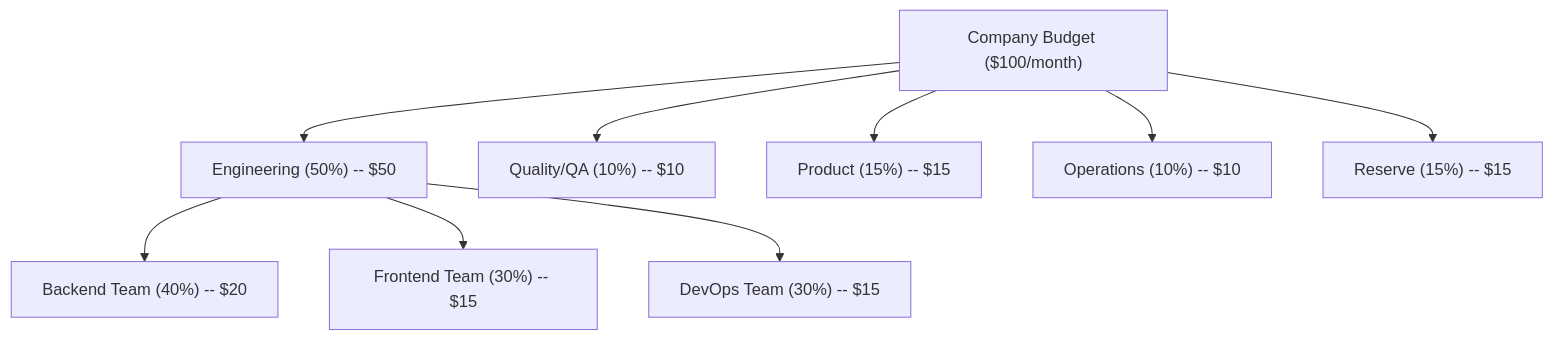
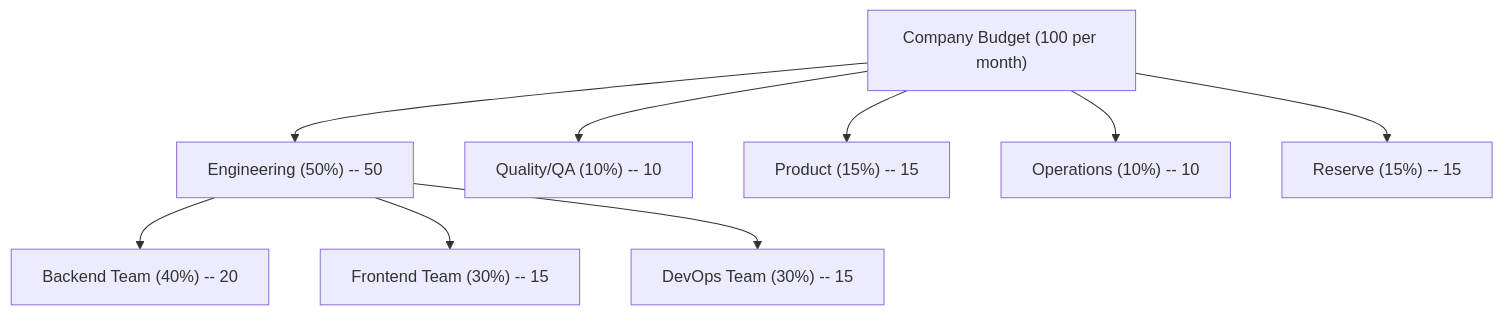
One commit to Aureliolo/ai-company changed the diagram in docs/design/budget.md. Above: the diagram before and after it, drawn with Mermaid. The commit also changed other lines of this file and 15 other files, not shown here.

````diff
--- a/docs/design/budget.md
+++ b/docs/design/budget.md
@@ -17,13 +17,13 @@
 ```mermaid
 graph TD
-    Company["Company Budget ($100/month)"]
-    Company --> Eng["Engineering (50%) -- $50"]
-    Company --> QA["Quality/QA (10%) -- $10"]
-    Company --> Product["Product (15%) -- $15"]
-    Company --> Ops["Operations (10%) -- $10"]
-    Company --> Reserve["Reserve (15%) -- $15"]
+    Company["Company Budget (100 per month)"]
+    Company --> Eng["Engineering (50%) -- 50"]
+    Company --> QA["Quality/QA (10%) -- 10"]
+    Company --> Product["Product (15%) -- 15"]
+    Company --> Ops["Operations (10%) -- 10"]
+    Company --> Reserve["Reserve (15%) -- 15"]
 
-    Eng --> Backend["Backend Team (40%) -- $20"]
-    Eng --> Frontend["Frontend Team (30%) -- $15"]
-    Eng --> DevOps["DevOps Team (30%) -- $15"]
+    Eng --> Backend["Backend Team (40%) -- 20"]
+    Eng --> Frontend["Frontend Team (30%) -- 15"]
+    Eng --> DevOps["DevOps Team (30%) -- 15"]
 ```
````
